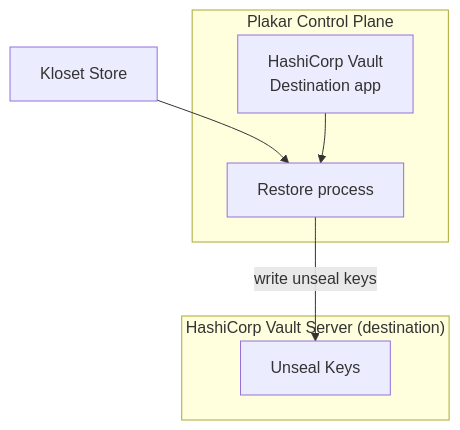
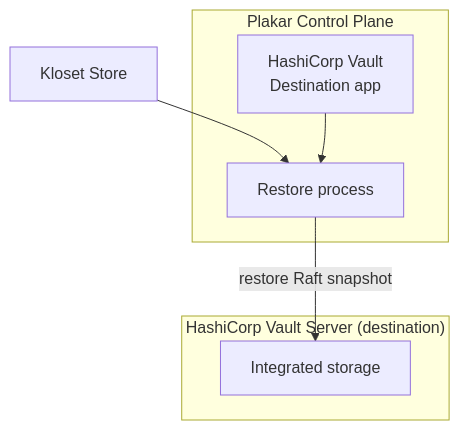
Before and after one commit to PlakarKorp/plakar.io: the second of 2 diagrams in content/docs/control-plane/resources/security/vault.md, drawn with Mermaid. The commit also changed other lines of this file, not shown here.

Commit message:
describe vault resource as a raft snapshot backup

```diff
--- a/content/docs/control-plane/resources/security/vault.md
+++ b/content/docs/control-plane/resources/security/vault.md
@@ -63,17 +66,17 @@
 {{< mermaid >}}
 flowchart TD
   Store["Kloset Store"]
 
   subgraph Plakar["Plakar Control Plane"]
     Destination["HashiCorp Vault<br/>Destination app"]
     Restore["Restore process"]
   end
 
   subgraph Vault["HashiCorp Vault Server (destination)"]
-    Keys["Unseal Keys"]
+    Data["Integrated storage"]
   end
 
   Store --> Restore
   Destination --> Restore
-  Restore -->|"write unseal keys"| Keys
+  Restore -->|"restore Raft snapshot"| Data
 {{< /mermaid >}}
```
